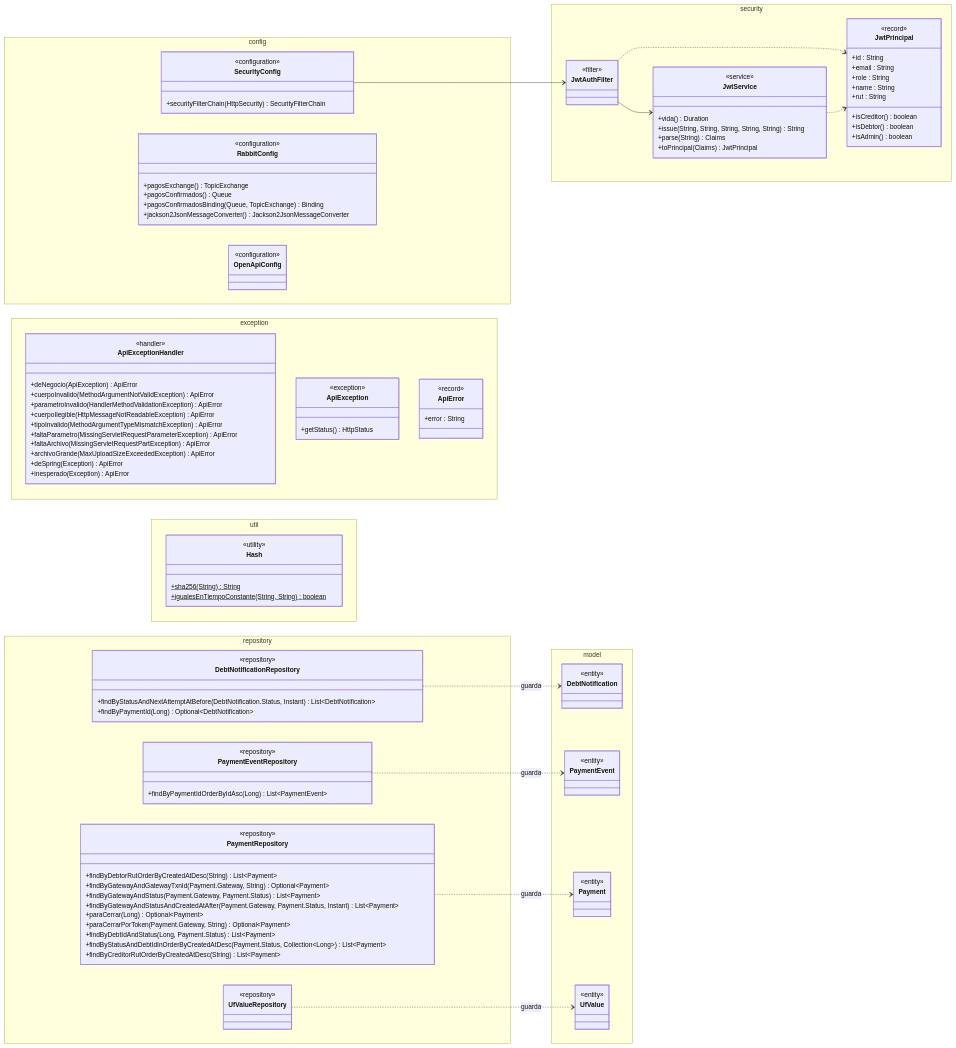
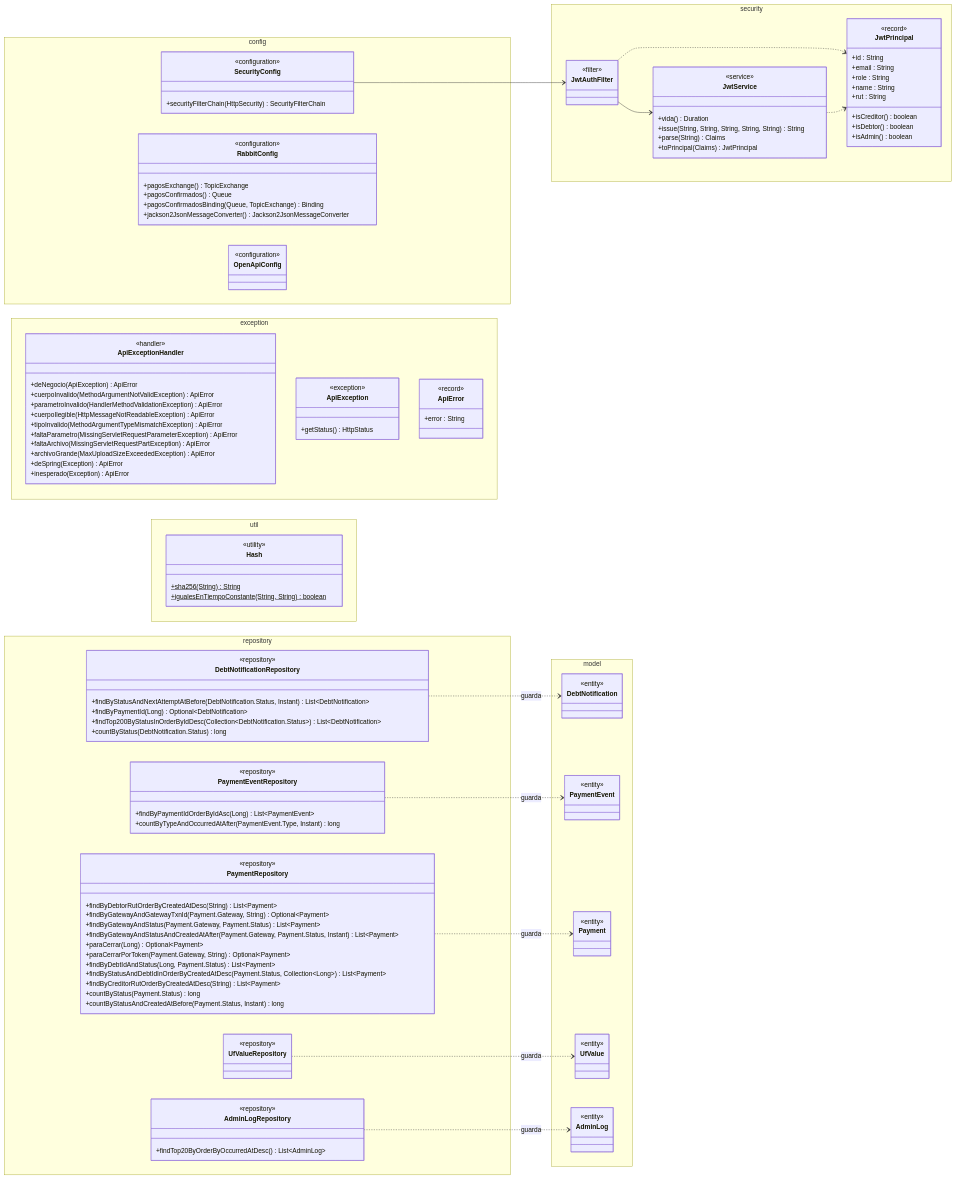
Before and after one commit to TechnicalBridge/DataBridge: diagram 16 of 18 in docs/diagramas/clases.md, drawn with Mermaid. The commit also changed other lines of this file and 31 other files, not shown here.

```diff
--- a/docs/diagramas/clases.md
+++ b/docs/diagramas/clases.md
@@ -2848,10 +2911,17 @@
             <<repository>>
             +findByStatusAndNextAttemptAtBefore(DebtNotification.Status, Instant) List~DebtNotification~
             +findByPaymentId(Long) Optional~DebtNotification~
+            +findTop200ByStatusInOrderByIdDesc(Collection~DebtNotification.Status~) List~DebtNotification~
+            +countByStatus(DebtNotification.Status) long
         }
         class PaymentEventRepository {
             <<repository>>
             +findByPaymentIdOrderByIdAsc(Long) List~PaymentEvent~
+            +countByTypeAndOccurredAtAfter(PaymentEvent.Type, Instant) long
+        }
+        class AdminLogRepository {
+            <<repository>>
+            +findTop20ByOrderByOccurredAtDesc() List~AdminLog~
         }
         class PaymentRepository {
             <<repository>>
@@ -2864,6 +2934,8 @@
             +findByDebtIdAndStatus(Long, Payment.Status) List~Payment~
             +findByStatusAndDebtIdInOrderByCreatedAtDesc(Payment.Status, Collection~Long~) List~Payment~
             +findByCreditorRutOrderByCreatedAtDesc(String) List~Payment~
+            +countByStatus(Payment.Status) long
+            +countByStatusAndCreatedAtBefore(Payment.Status, Instant) long
         }
         class UfValueRepository {
             <<repository>>
@@ -2951,7 +3023,11 @@
         class UfValue {
             <<entity>>
         }
+        class AdminLog {
+            <<entity>>
+        }
     }
+    AdminLogRepository ..> AdminLog : guarda
     DebtNotificationRepository ..> DebtNotification : guarda
     PaymentEventRepository ..> PaymentEvent : guarda
     PaymentRepository ..> Payment : guarda
```
